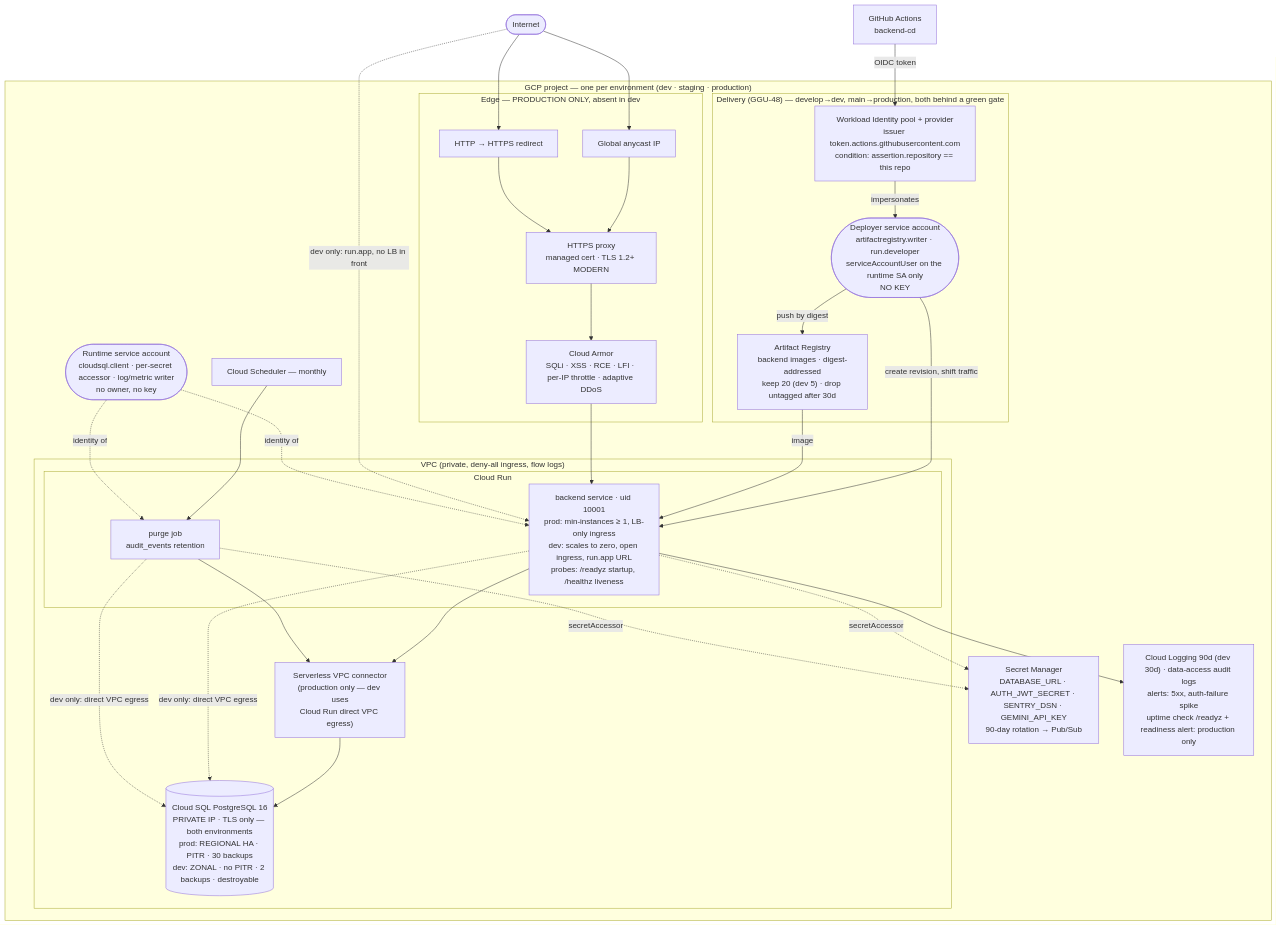
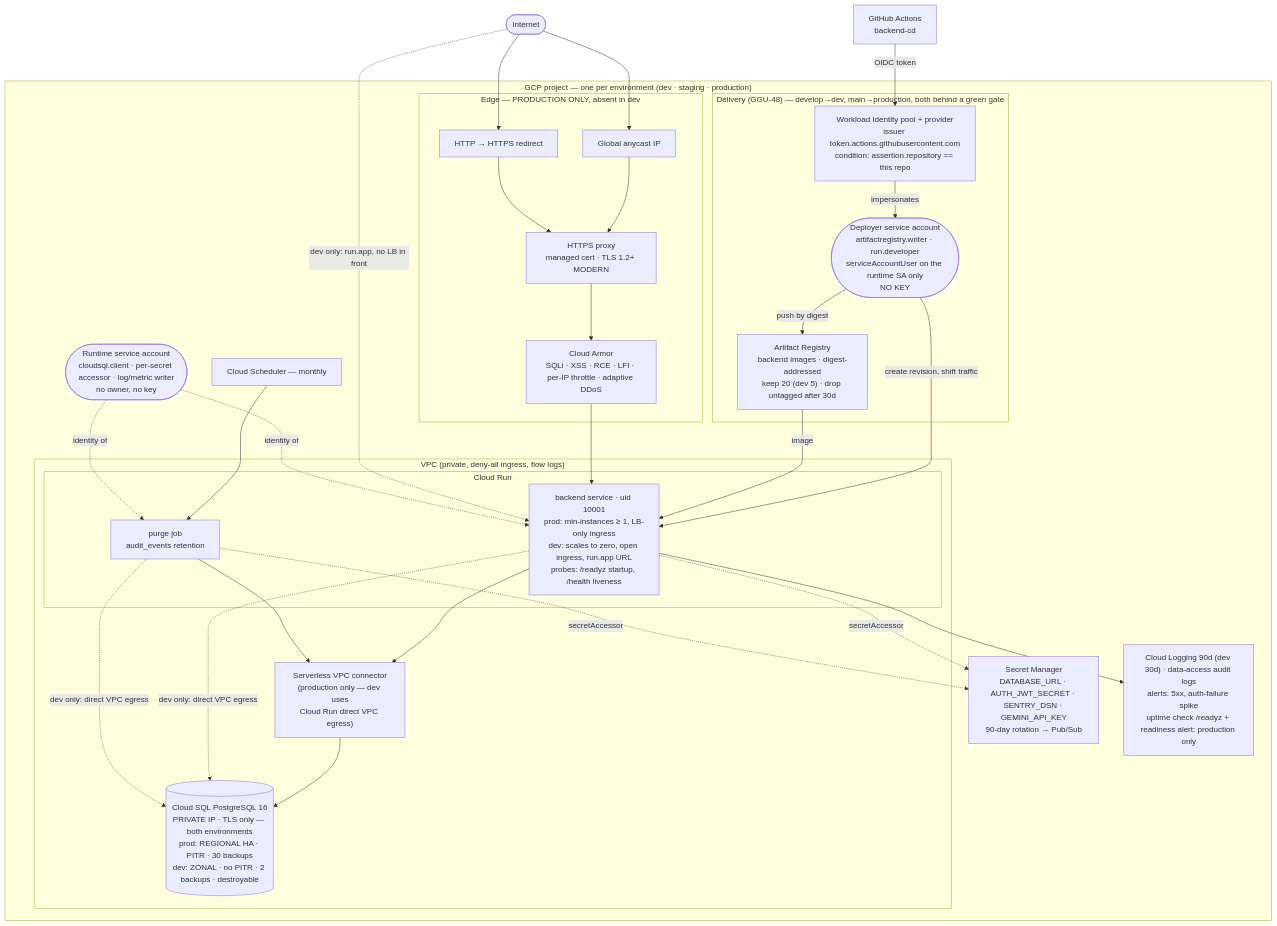
The diagram in docs/diagrams/08-infrastructure.md (somnio-projects/finance-google-a2ui), drawn with Mermaid before and after one commit. The commit also changed other lines of this file and 34 other files, not shown here.

````diff
--- a/docs/diagrams/08-infrastructure.md
+++ b/docs/diagrams/08-infrastructure.md
@@ -7,58 +7,58 @@
 ```mermaid
 flowchart TB
     net([Internet])
     subgraph gcp["GCP project — one per environment (dev · staging · production)"]
         subgraph edge["Edge — PRODUCTION ONLY, absent in dev"]
             ip["Global anycast IP"]
             https["HTTPS proxy<br/>managed cert · TLS 1.2+ MODERN"]
             armor["Cloud Armor<br/>SQLi · XSS · RCE · LFI · per-IP throttle · adaptive DDoS"]
             httpr["HTTP → HTTPS redirect"]
         end
         subgraph vpc["VPC (private, deny-all ingress, flow logs)"]
             conn["Serverless VPC connector<br/>(production only — dev uses<br/>Cloud Run direct VPC egress)"]
             subgraph runtime["Cloud Run"]
-                svc["backend service · uid 10001<br/>prod: min-instances ≥ 1, LB-only ingress<br/>dev: scales to zero, open ingress, run.app URL<br/>probes: /readyz startup, /healthz liveness"]
+                svc["backend service · uid 10001<br/>prod: min-instances ≥ 1, LB-only ingress<br/>dev: scales to zero, open ingress, run.app URL<br/>probes: /readyz startup, /health liveness"]
                 job["purge job<br/>audit_events retention"]
             end
             sql[("Cloud SQL PostgreSQL 16<br/>PRIVATE IP · TLS only — both environments<br/>prod: REGIONAL HA · PITR · 30 backups<br/>dev: ZONAL · no PITR · 2 backups · destroyable")]
         end
         sm["Secret Manager<br/>DATABASE_URL · AUTH_JWT_SECRET · SENTRY_DSN · GEMINI_API_KEY<br/>90-day rotation → Pub/Sub"]
         obs["Cloud Logging 90d (dev 30d) · data-access audit logs<br/>alerts: 5xx, auth-failure spike<br/>uptime check /readyz + readiness alert: production only"]
         sched["Cloud Scheduler — monthly"]
         sa(["Runtime service account<br/>cloudsql.client · per-secret accessor · log/metric writer<br/>no owner, no key"])
         subgraph delivery["Delivery (GGU-48) — develop→dev, main→production, both behind a green gate"]
             ar["Artifact Registry<br/>backend images · digest-addressed<br/>keep 20 (dev 5) · drop untagged after 30d"]
             wif["Workload Identity pool + provider<br/>issuer token.actions.githubusercontent.com<br/>condition: assertion.repository == this repo"]
             dsa(["Deployer service account<br/>artifactregistry.writer · run.developer<br/>serviceAccountUser on the runtime SA only<br/>NO KEY"])
         end
     end
 
     gha["GitHub Actions<br/>backend-cd"] -->|"OIDC token"| wif
     wif -->|impersonates| dsa
     dsa -->|push by digest| ar
     dsa -->|create revision, shift traffic| svc
     ar -->|image| svc
 
     net --> ip --> https --> armor --> svc
     net --> httpr --> https
     net -. "dev only: run.app, no LB in front" .-> svc
     svc --> conn --> sql
     svc -. "dev only: direct VPC egress" .-> sql
     sched --> job --> conn
     job -. "dev only: direct VPC egress" .-> sql
     svc -. "secretAccessor" .-> sm
     job -. "secretAccessor" .-> sm
     svc --> obs
     sa -.->|"identity of"| svc
     sa -.->|"identity of"| job
 
     %% Everything here is Terraform: infra/{network,database,secrets,iam,run,edge,observability,delivery}.tf
     %% trivy config: 0 misconfigurations. Apply is GGU-29.
     %% The edge subgraph and the connector are counted out of dev by local.ephemeral
     %% (main.tf). Dev therefore has NO WAF, NO edge rate limit and NO HA — a real
     %% reduction, accepted as risk R-16 because dev holds synthetic data only.
     %% Secrets, per-secret IAM, private DB IP, TLS-only and the keyless pipeline
     %% are identical in every environment: dev gives up durability, not privacy.
     %% The deployer can publish an image and create a revision. It cannot read
     %% a secret, reach the database, or act as any other identity.
 ```
````
